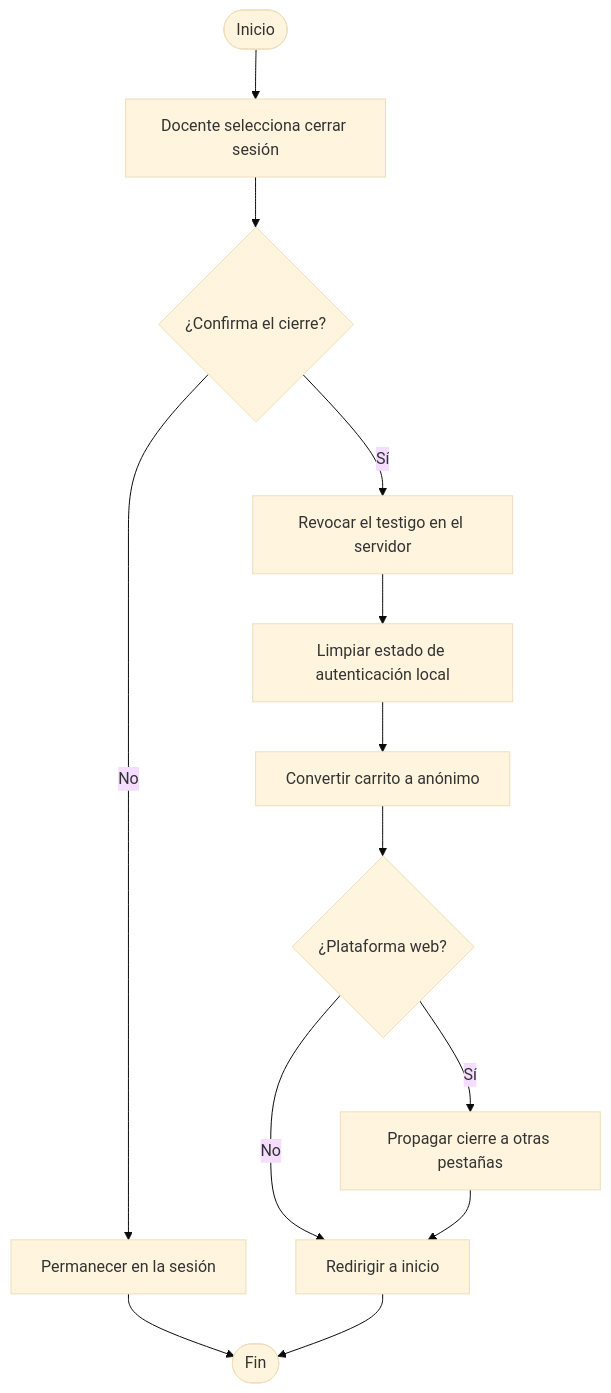
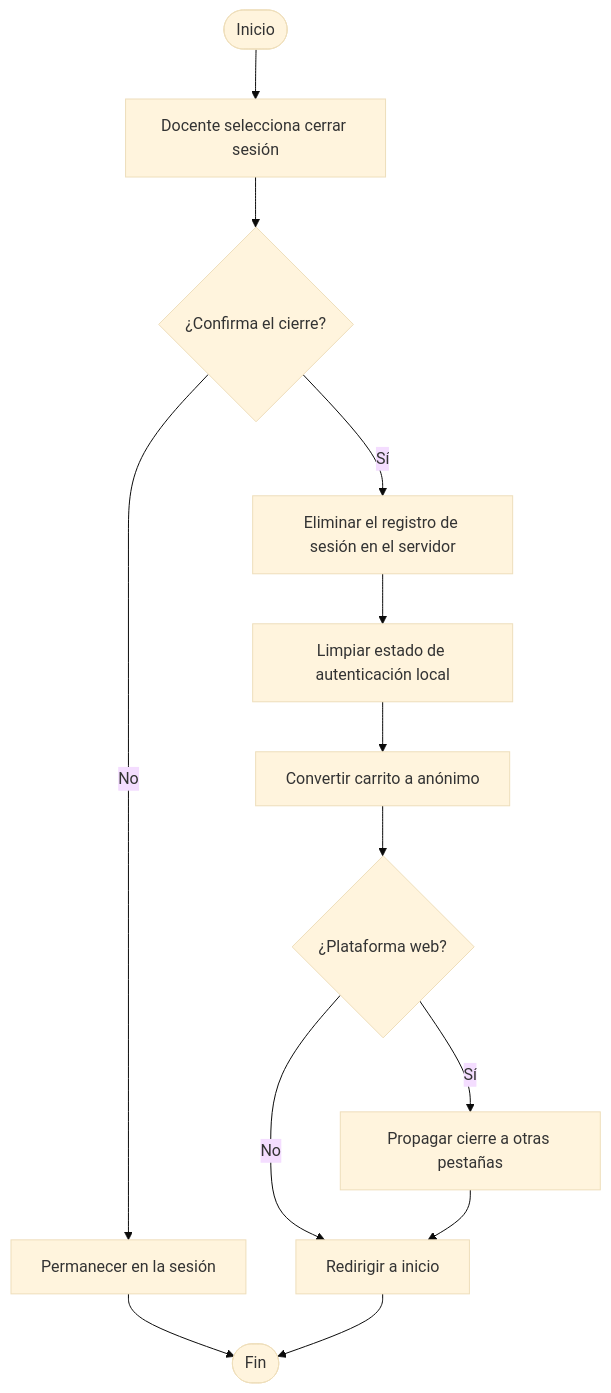
One commit to EXCOFFee/acalud changed the diagram in docs/04-diagramas-uml/identidad/cu03_act.mmd. Above: the diagram before and after it, drawn with Mermaid (base theme). The commit also changed 79 other files, not shown here.

```diff
--- a/docs/04-diagramas-uml/identidad/cu03_act.mmd
+++ b/docs/04-diagramas-uml/identidad/cu03_act.mmd
@@ -1,13 +1,13 @@
 flowchart TD
     Start([Inicio]) --> Click[Docente selecciona cerrar sesión]
     Click --> Confirm{¿Confirma el cierre?}
     Confirm -- No --> Cancel[Permanecer en la sesión]
     Cancel --> End([Fin])
-    Confirm -- Sí --> Revoke[Revocar el testigo en el servidor]
+    Confirm -- Sí --> Revoke[Eliminar el registro de sesión en el servidor]
     Revoke --> Clear[Limpiar estado de autenticación local]
     Clear --> Anon[Convertir carrito a anónimo]
     Anon --> Web{¿Plataforma web?}
     Web -- Sí --> Propagate[Propagar cierre a otras pestañas]
     Web -- No --> Redirect[Redirigir a inicio]
     Propagate --> Redirect
     Redirect --> End
```
